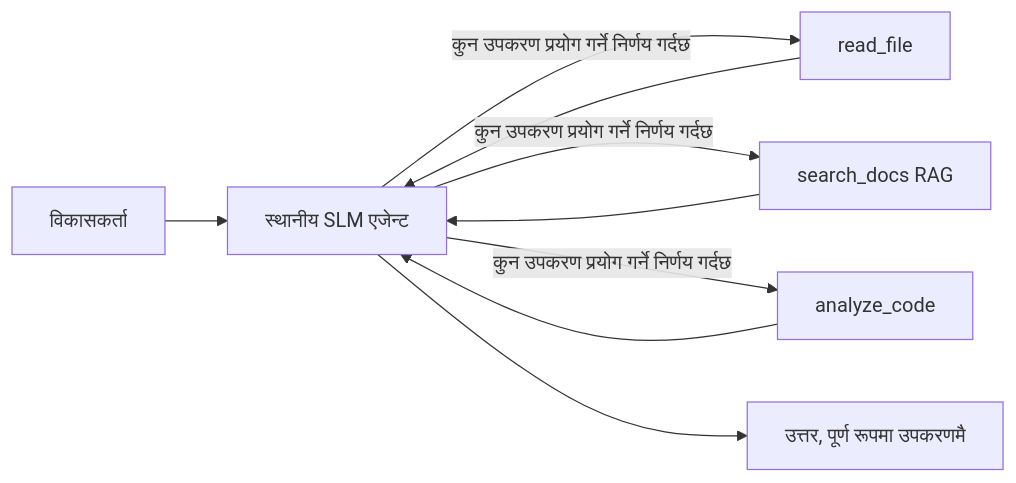
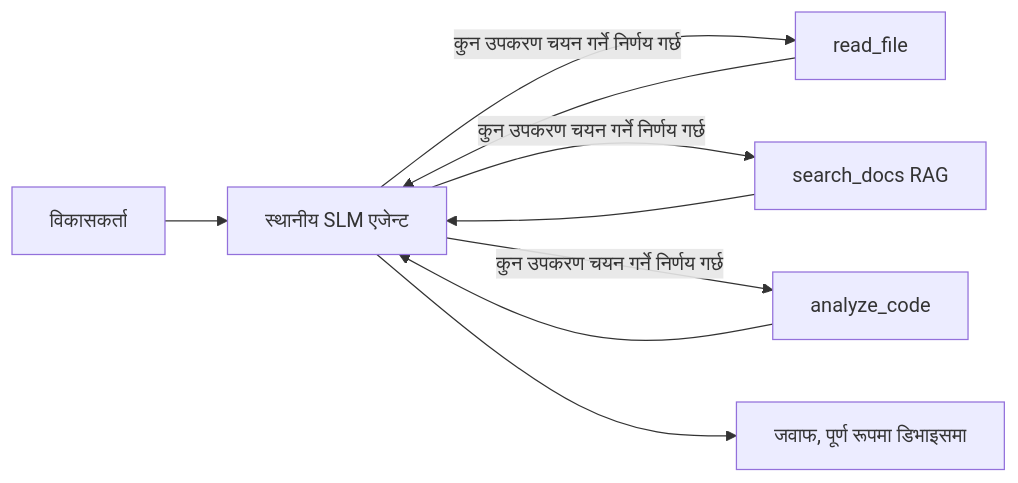
One commit to gabrielmoreira/agent-skills-mirror changed the first of 4 diagrams in mirrors/repos/microsoft@ai-agents-for-beginners/translations/ne/17-creating-local-ai-agents/README.md. Above: the diagram before and after it, drawn with Mermaid. The commit also changed other lines of this file and 4262 other files, not shown here.

````diff
--- a/mirrors/repos/microsoft@ai-agents-for-beginners/translations/ne/17-creating-local-ai-agents/README.md
+++ b/mirrors/repos/microsoft@ai-agents-for-beginners/translations/ne/17-creating-local-ai-agents/README.md
@@ -66,11 +66,11 @@
 ```mermaid
 flowchart LR
     U[विकासकर्ता] --> A[स्थानीय SLM एजेन्ट]
-    A -->|कुन उपकरण प्रयोग गर्ने निर्णय गर्दछ| T1[read_file]
-    A -->|कुन उपकरण प्रयोग गर्ने निर्णय गर्दछ| T2[search_docs RAG]
-    A -->|कुन उपकरण प्रयोग गर्ने निर्णय गर्दछ| T3[analyze_code]
+    A -->|कुन उपकरण चयन गर्ने निर्णय गर्छ| T1[read_file]
+    A -->|कुन उपकरण चयन गर्ने निर्णय गर्छ| T2[search_docs RAG]
+    A -->|कुन उपकरण चयन गर्ने निर्णय गर्छ| T3[analyze_code]
     T1 --> A
     T2 --> A
     T3 --> A
-    A --> R[उत्तर, पूर्ण रूपमा उपकरणमै]
+    A --> R[जवाफ, पूर्ण रूपमा डिभाइसमा]
 ```
````
